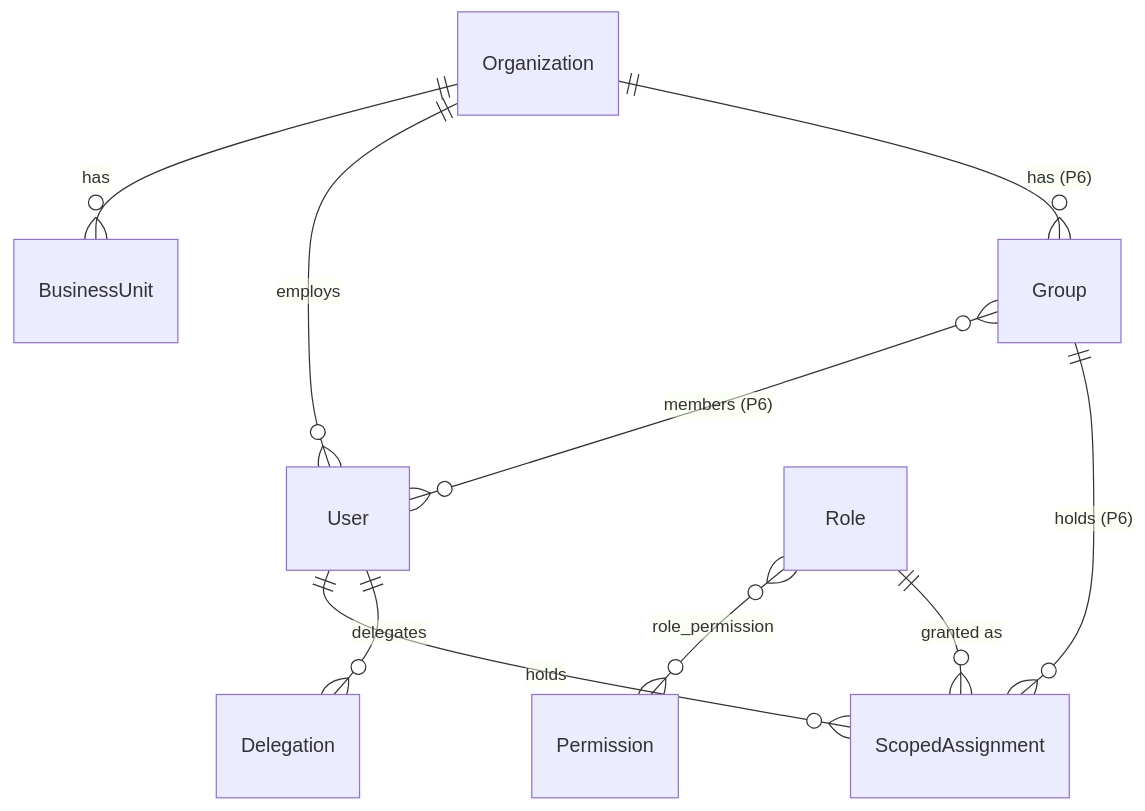
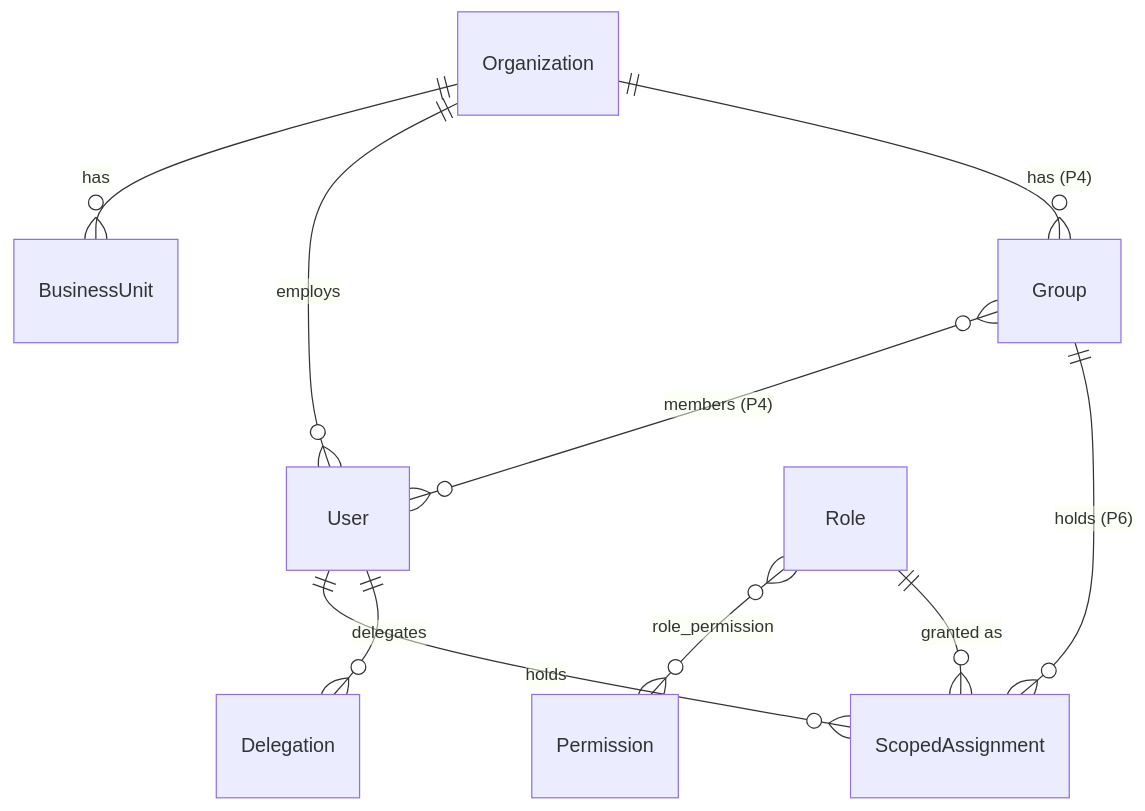
One commit to ghanemn94-rgb/My-owns changed diagram 15 of 26 in docs/architecture/erd.md. Above: the diagram before and after it, drawn with Mermaid. The commit also changed other lines of this file and 54 other files, not shown here.

````diff
--- a/docs/architecture/erd.md
+++ b/docs/architecture/erd.md
@@ -949,12 +1159,12 @@
 ```mermaid
 erDiagram
     Organization ||--o{ BusinessUnit : has
     Organization ||--o{ User : employs
-    Organization ||--o{ Group : "has (P6)"
-    Group }o--o{ User : "members (P6)"
+    Organization ||--o{ Group : "has (P4)"
+    Group }o--o{ User : "members (P4)"
     Role }o--o{ Permission : "role_permission"
     User ||--o{ ScopedAssignment : holds
     Group ||--o{ ScopedAssignment : "holds (P6)"
     Role ||--o{ ScopedAssignment : "granted as"
     User ||--o{ Delegation : delegates
 ```
````
